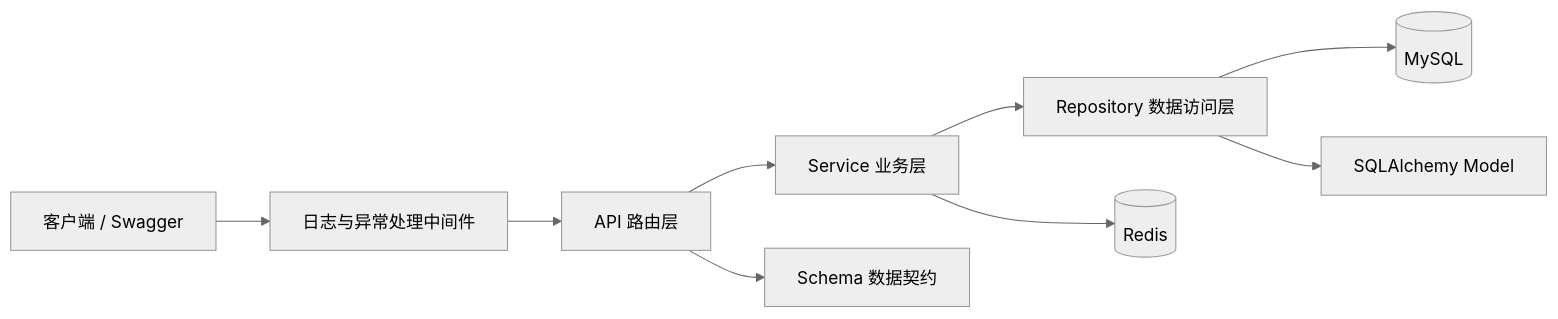
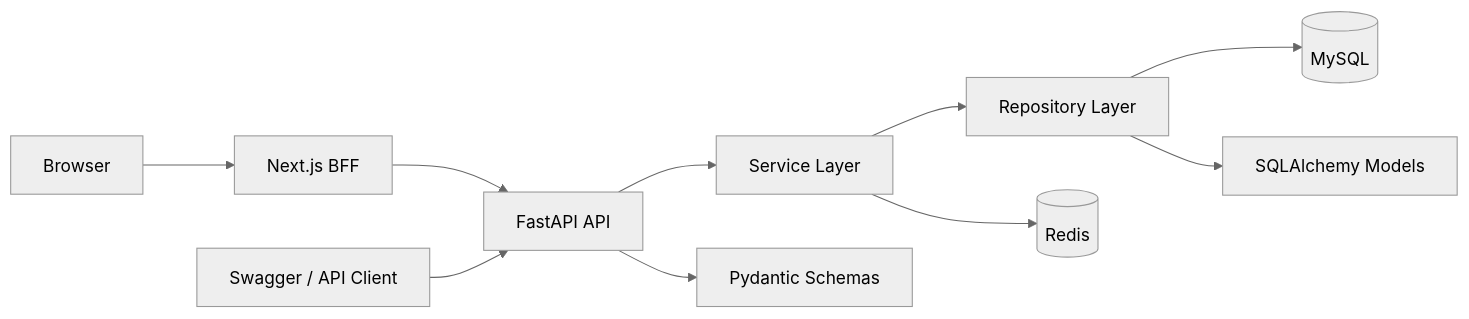
The diagram in README.md (LeoHongyi/leo-agent-platform), drawn with Mermaid (neutral theme) before and after one commit. The commit also changed other lines of this file and 170 other files, not shown here.

````diff
--- a/README.md
+++ b/README.md
@@ -36,11 +62,12 @@
 ```mermaid
 flowchart LR
-    Client[客户端 / Swagger] --> Middleware[日志与异常处理中间件]
-    Middleware --> API[API 路由层]
-    API --> Service[Service 业务层]
-    Service --> Repository[Repository 数据访问层]
+    Browser[Browser] --> BFF[Next.js BFF]
+    BFF --> API[FastAPI API]
+    Swagger[Swagger / API Client] --> API
+    API --> Service[Service Layer]
+    Service --> Repository[Repository Layer]
     Repository --> MySQL[(MySQL)]
     Service --> Redis[(Redis)]
-    API --> Schema[Schema 数据契约]
-    Repository --> Model[SQLAlchemy Model]
+    API --> Schema[Pydantic Schemas]
+    Repository --> Model[SQLAlchemy Models]
 ```
````
